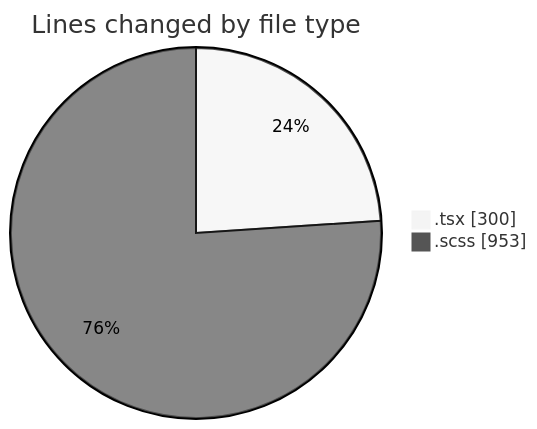
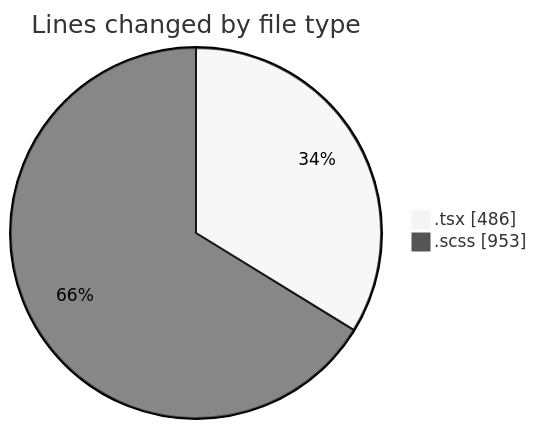
The first of 2 diagrams in 2025-09-19/cda/README.md (momahboobian/code-tracking), drawn with Mermaid (neutral theme) before and after one commit. The commit also changed other lines of this file and 1 other file, not shown here.

````diff
--- a/2025-09-19/cda/README.md
+++ b/2025-09-19/cda/README.md
@@ -21,6 +22,6 @@
 ```mermaid
 pie showData
 title Lines changed by file type
-".tsx" : 300
+".tsx" : 486
 ".scss" : 953
 ```
````
